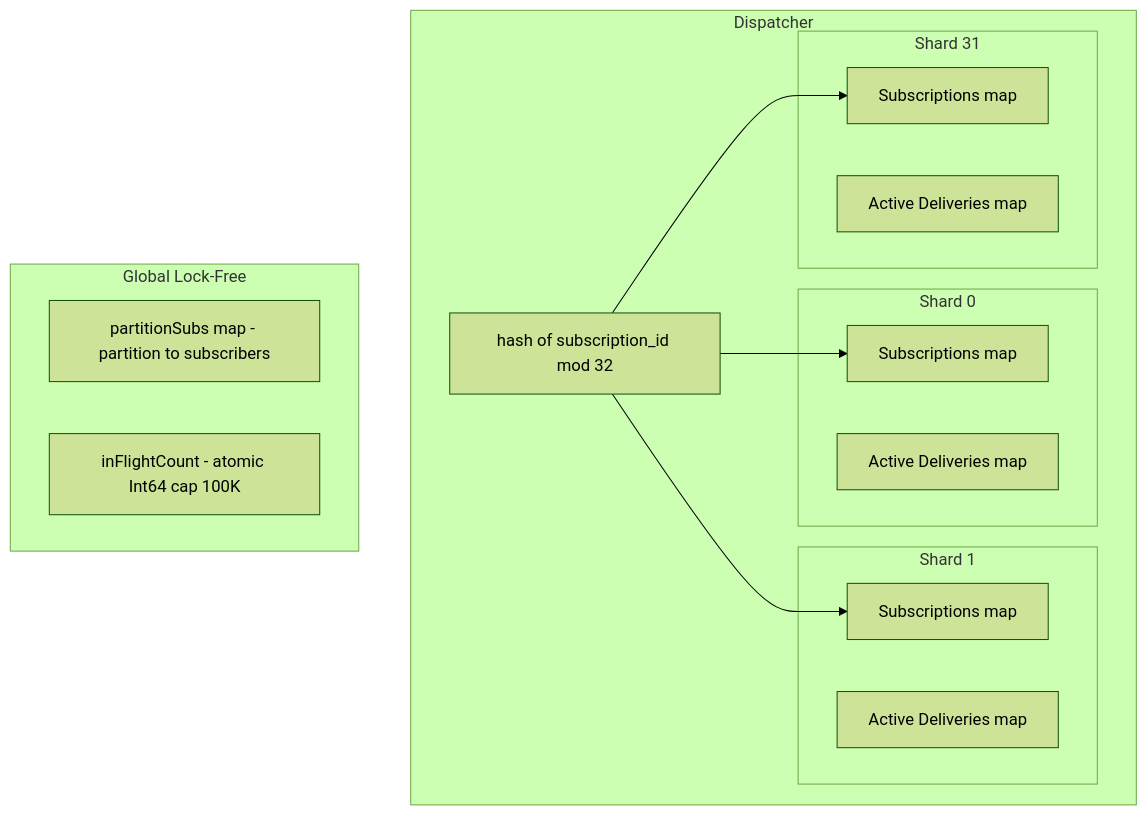
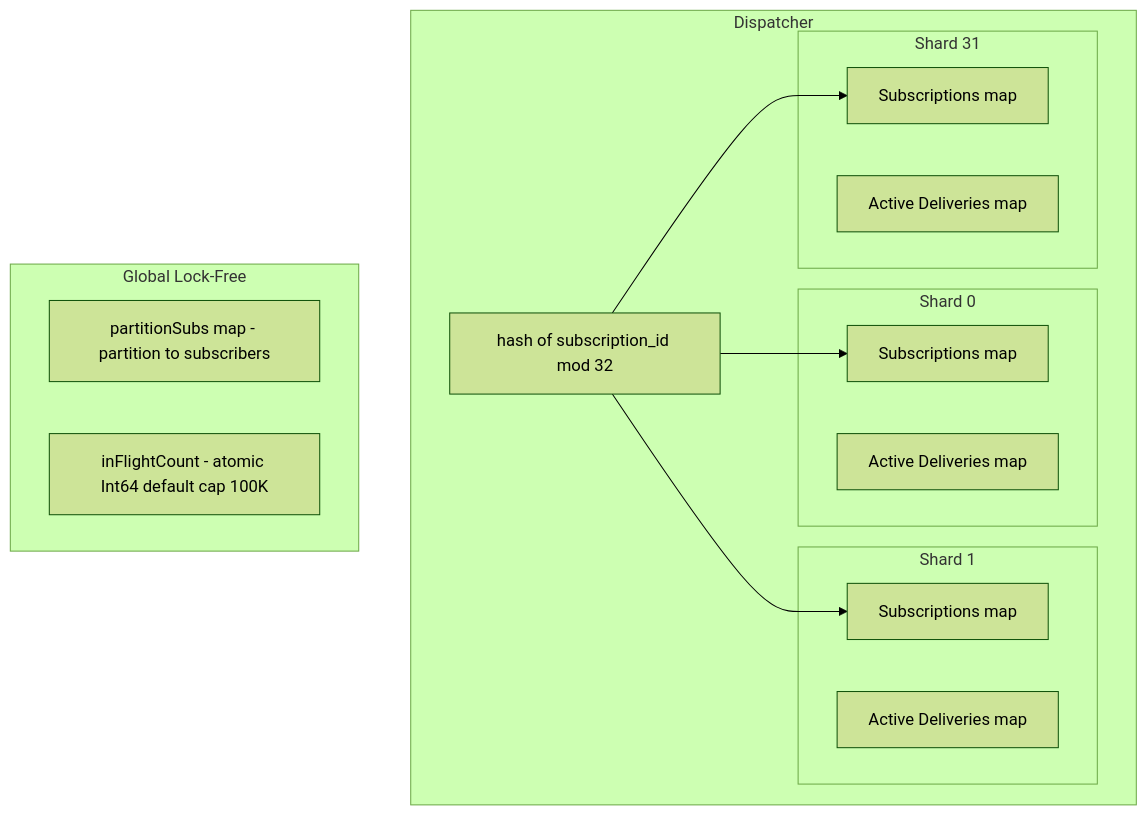
Before and after one commit to jatin711-debug/cronos_db_golang: diagram 26 of 47 in ARCHITECTURE.md, drawn with Mermaid (forest theme). The commit also changed other lines of this file and 5 other files, not shown here.

Commit message:
docs: resolve remaining comments and verify architecture caveats

````diff
--- a/ARCHITECTURE.md
+++ b/ARCHITECTURE.md
@@ -906,27 +906,27 @@
 ```mermaid
 graph TB
     subgraph Dispatcher
         HASH[hash of subscription_id mod 32]
         subgraph Shard 0
             S0S[Subscriptions map]
             S0D[Active Deliveries map]
         end
         subgraph Shard 1
             S1S[Subscriptions map]
             S1D[Active Deliveries map]
         end
         subgraph Shard 31
             SNS[Subscriptions map]
             SND[Active Deliveries map]
         end
     end
 
     subgraph Global Lock-Free
         PI[partitionSubs map - partition to subscribers]
-        IFC[inFlightCount - atomic Int64 cap 100K]
+        IFC[inFlightCount - atomic Int64 default cap 100K]
     end
 
     HASH --> S0S
     HASH --> S1S
     HASH --> SNS
 ```
````
